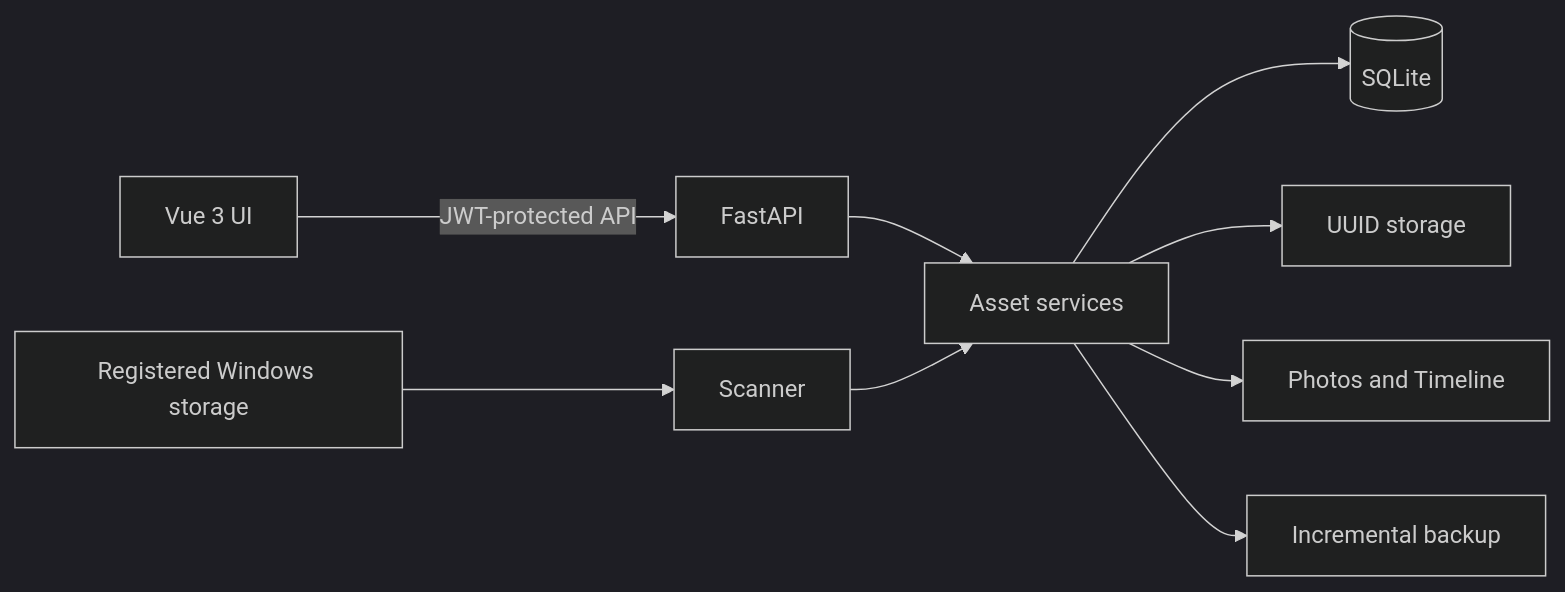
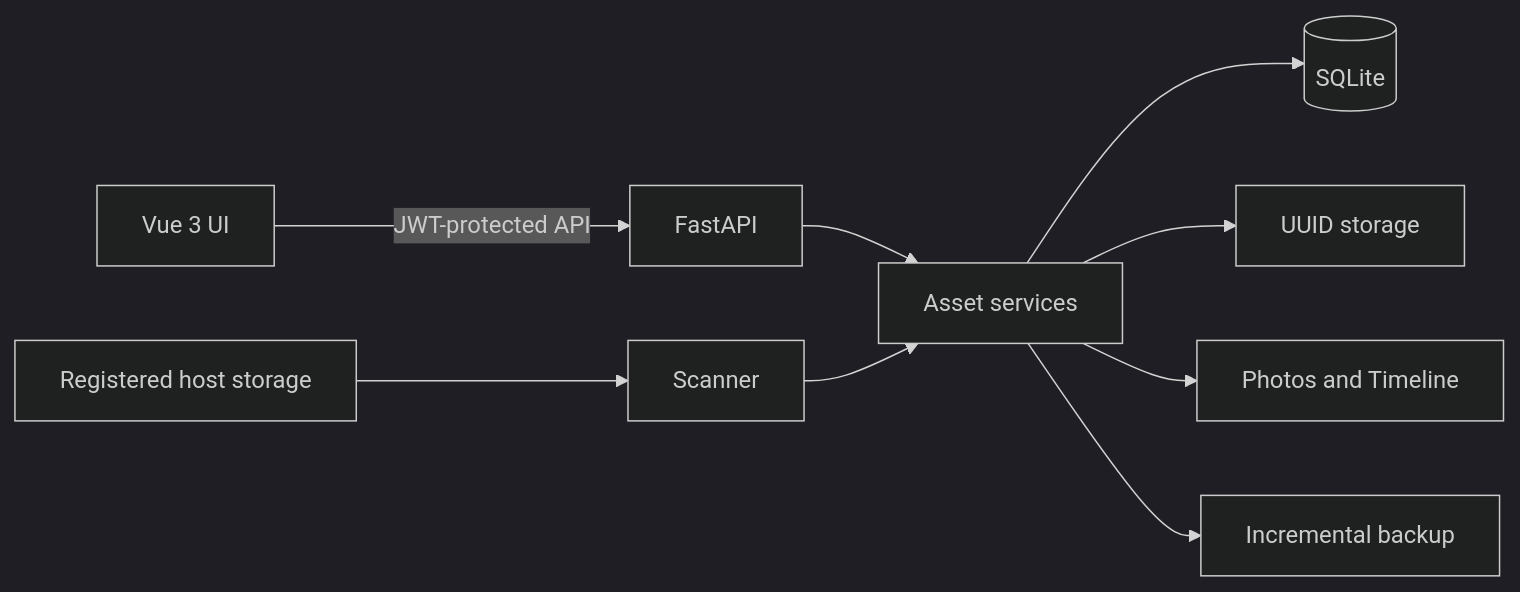
The diagram in README.md (shjsdjdj/MyNAS), drawn with Mermaid (dark theme) before and after one commit. The commit also changed other lines of this file and 20 other files, not shown here.

````diff
--- a/README.md
+++ b/README.md
@@ -48,11 +48,11 @@
 ```mermaid
 flowchart LR
     UI[Vue 3 UI] -->|JWT-protected API| API[FastAPI]
     API --> ASSET[Asset services]
     ASSET --> DB[(SQLite)]
     ASSET --> STORE[UUID storage]
-    LOC[Registered Windows storage] --> SCAN[Scanner]
+    LOC[Registered host storage] --> SCAN[Scanner]
     SCAN --> ASSET
     ASSET --> PHOTO[Photos and Timeline]
     ASSET --> BACKUP[Incremental backup]
 ```
````
